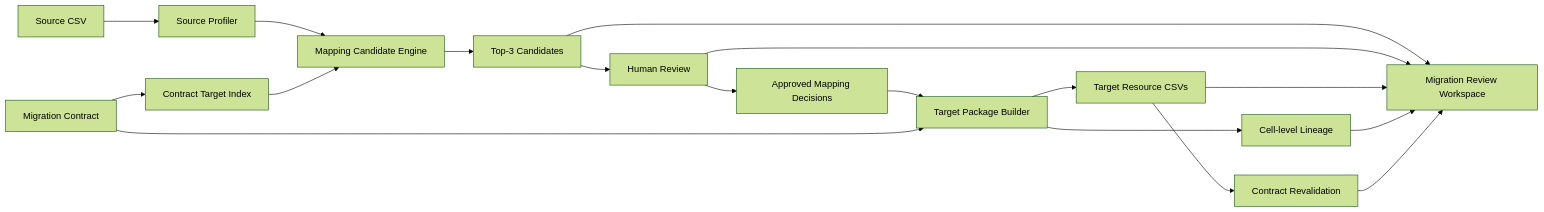
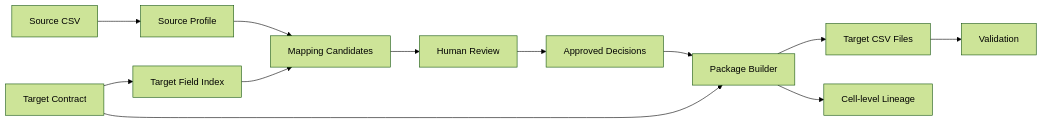
One commit to KLefiya/Klefiya_Copilot changed the diagram in README.md. Above: the diagram before and after it, drawn with Mermaid (forest theme). The commit also changed other lines of this file and 1 other file, not shown here.

````diff
--- a/README.md
+++ b/README.md
@@ -566,20 +76,14 @@
 ```mermaid
 flowchart LR
-    A[Source CSV] --> B[Source Profiler]
-    C[Migration Contract] --> D[Contract Target Index]
-    B --> E[Mapping Candidate Engine]
+    A[Source CSV] --> B[Source Profile]
+    C[Target Contract] --> D[Target Field Index]
+    B --> E[Mapping Candidates]
     D --> E
-    E --> F[Top-3 Candidates]
-    F --> G[Human Review]
-    G --> H[Approved Mapping Decisions]
-    H --> I[Target Package Builder]
-    C --> I
-    I --> J[Target Resource CSVs]
-    I --> K[Cell-level Lineage]
-    J --> L[Contract Revalidation]
-    F --> M[Migration Review Workspace]
-    G --> M
-    J --> M
-    K --> M
-    L --> M
+    E --> F[Human Review]
+    F --> G[Approved Decisions]
+    G --> H[Package Builder]
+    C --> H
+    H --> I[Target CSV Files]
+    H --> J[Cell-level Lineage]
+    I --> K[Validation]
 ```
````
